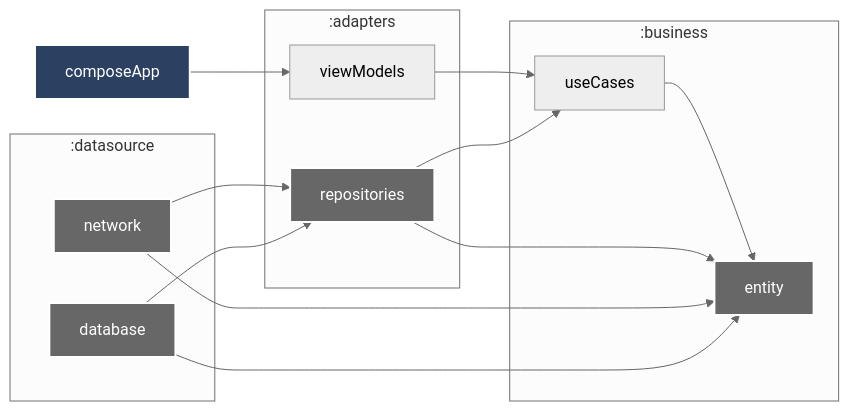
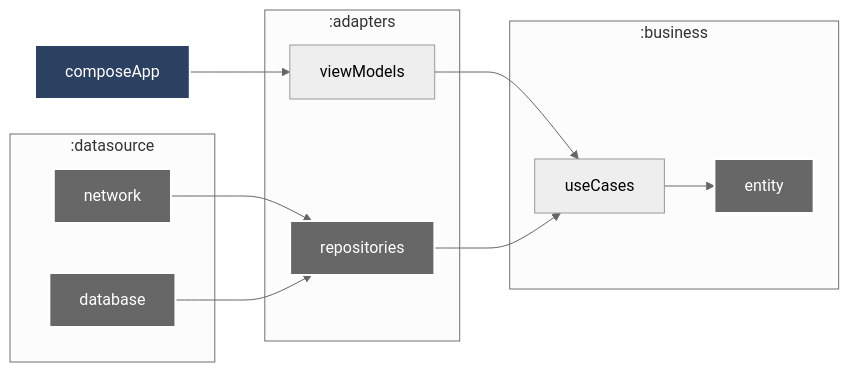
Before and after one commit to enirsilvaferraz/Pokedex: the diagram in MERMAID.md, drawn with Mermaid.

Commit message:
Refactor: Update Mermaid diagram architecture
This commit updates the Mermaid diagram in `MERMAID.md` to reflect a change in the application's architecture.

Specifically, the `:composeApp` module now interacts with `:adapters:viewModels` instead of `:business:viewModels`. Consequently, `:adapters:viewModels` now interacts with `:business:useCases`.

````diff
--- a/MERMAID.md
+++ b/MERMAID.md
@@ -3,51 +3,52 @@
 ```mermaid
 %%{
   init: {
     'theme': 'neutral'
   }
 }%%
 
 graph LR
     
   :composeApp["composeApp"]
   
   subgraph :business
     :business:entity["entity"]
     :business:useCases["useCases"]
   end
   
   subgraph :adapters
     :adapters:repositories["repositories"]
     :adapters:viewModels["viewModels"]
   end
   
   subgraph :datasource
     :datasource:network["network"]
     :datasource:database["database"]
   end
 
   :composeApp --> :adapters:viewModels
   :adapters:viewModels --> :business:useCases
   :business:useCases --> :business:entity
 %%  :composeApp --> :business:entity
 %%  :composeApp --> :adapters:repositories
 %%  :composeApp --> :datasource:network
 %%  :composeApp --> :datasource:database
-   :adapters:repositories --> :business:entity
+
+%%   :adapters:repositories --> :business:entity
    :adapters:repositories --> :business:useCases
   
-  :datasource:network --> :business:entity
+%%  :datasource:network --> :business:entity
   :datasource:network --> :adapters:repositories
   
-  :datasource:database --> :business:entity
+%%  :datasource:database --> :business:entity
   :datasource:database --> :adapters:repositories
 
 classDef android-application fill:#2C4162,stroke:#fff,stroke-width:2px,color:#fff;
 classDef unknown fill:#676767,stroke:#fff,stroke-width:2px,color:#fff;
 class :composeApp android-application
 class :business:entity unknown
 class :adapters:repositories unknown
 class :datasource:network unknown
 class :datasource:database unknown
 
 ```
````
